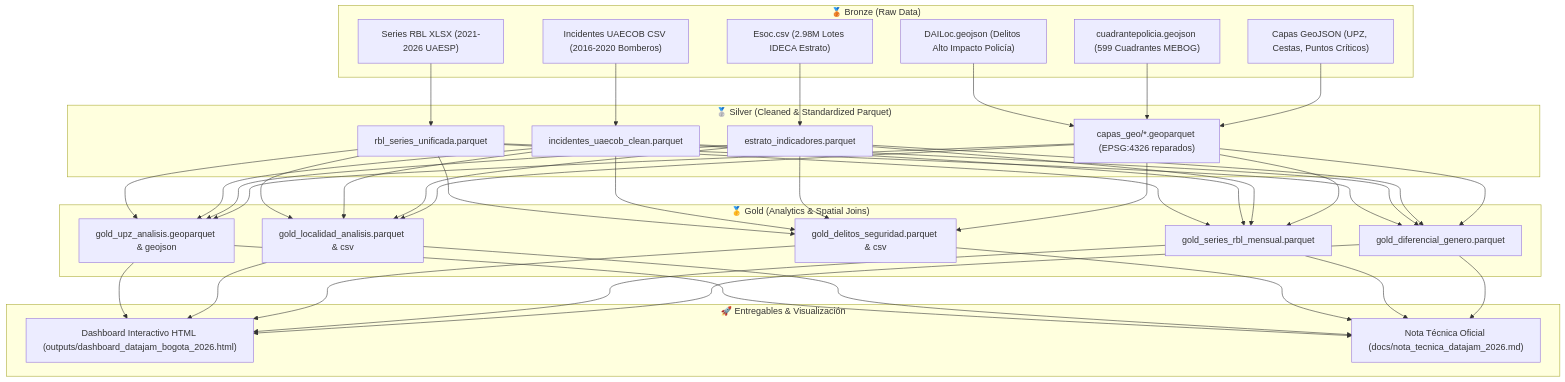
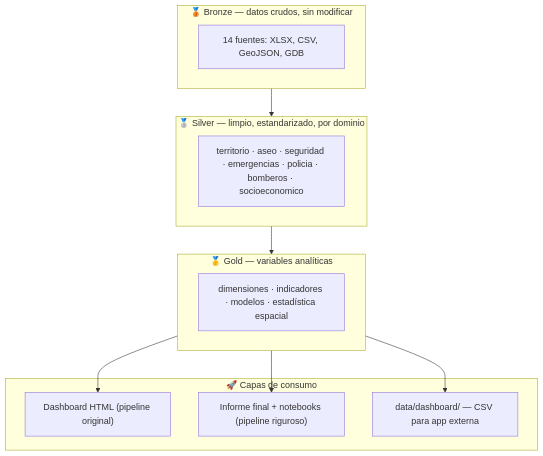
One commit to NacisCric-2908/DataJamBlackStar changed the diagram in README.md. Above: the diagram before and after it, drawn with Mermaid. The commit also changed other lines of this file, not shown here.

````diff
--- a/README.md
+++ b/README.md
@@ -54,39 +90,18 @@
 ```mermaid
 flowchart TD
-    subgraph Bronze ["🥉 Bronze (Raw Data)"]
-        B1["Series RBL XLSX (2021-2026 UAESP)"]
-        B2["Incidentes UAECOB CSV (2016-2020 Bomberos)"]
-        B3["DAILoc.geojson (Delitos Alto Impacto Policía)"]
-        B4["cuadrantepolicia.geojson (599 Cuadrantes MEBOG)"]
-        B5["Esoc.csv (2.98M Lotes IDECA Estrato)"]
-        B6["Capas GeoJSON (UPZ, Cestas, Puntos Críticos)"]
+    subgraph Bronze ["🥉 Bronze — datos crudos, sin modificar"]
+        B["14 fuentes: XLSX, CSV, GeoJSON, GDB"]
     end
-
-    subgraph Silver ["🥈 Silver (Cleaned & Standardized Parquet)"]
-        S1["rbl_series_unificada.parquet"]
-        S2["incidentes_uaecob_clean.parquet"]
-        S3["estrato_indicadores.parquet"]
-        S4["capas_geo/*.geoparquet (EPSG:4326 reparados)"]
+    subgraph Silver ["🥈 Silver — limpio, estandarizado, por dominio"]
+        S["territorio · aseo · seguridad · emergencias · policia · bomberos · socioeconomico"]
     end
-
-    subgraph Gold ["🥇 Gold (Analytics & Spatial Joins)"]
-        G1["gold_upz_analisis.geoparquet & geojson"]
-        G2["gold_localidad_analisis.parquet & csv"]
-        G3["gold_delitos_seguridad.parquet & csv"]
-        G4["gold_series_rbl_mensual.parquet"]
-        G5["gold_diferencial_genero.parquet"]
+    subgraph Gold ["🥇 Gold — variables analíticas"]
+        G["dimensiones · indicadores · modelos · estadística espacial"]
     end
-
-    subgraph Entregables ["🚀 Entregables & Visualización"]
-        D1["Dashboard Interactivo HTML (outputs/dashboard_datajam_bogota_2026.html)"]
-        D2["Nota Técnica Oficial (docs/nota_tecnica_datajam_2026.md)"]
+    subgraph Consumo ["🚀 Capas de consumo"]
+        D1["Dashboard HTML (pipeline original)"]
+        D2["Informe final + notebooks (pipeline riguroso)"]
+        D3["data/dashboard/ — CSV para app externa"]
     end
-
-    B1 --> S1
-    B2 --> S2
-    B3 & B4 & B6 --> S4
-    B5 --> S3
-
-    S1 & S2 & S3 & S4 --> G1 & G2 & G3 & G4 & G5
-    G1 & G2 & G3 & G4 & G5 --> D1 & D2
+    Bronze --> Silver --> Gold --> D1 & D2 & D3
 ```
````
